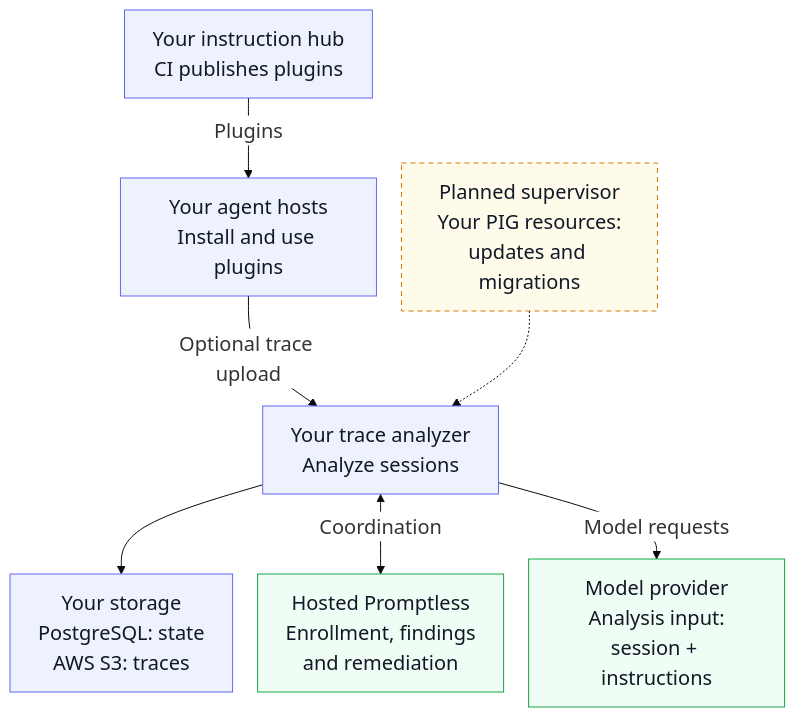
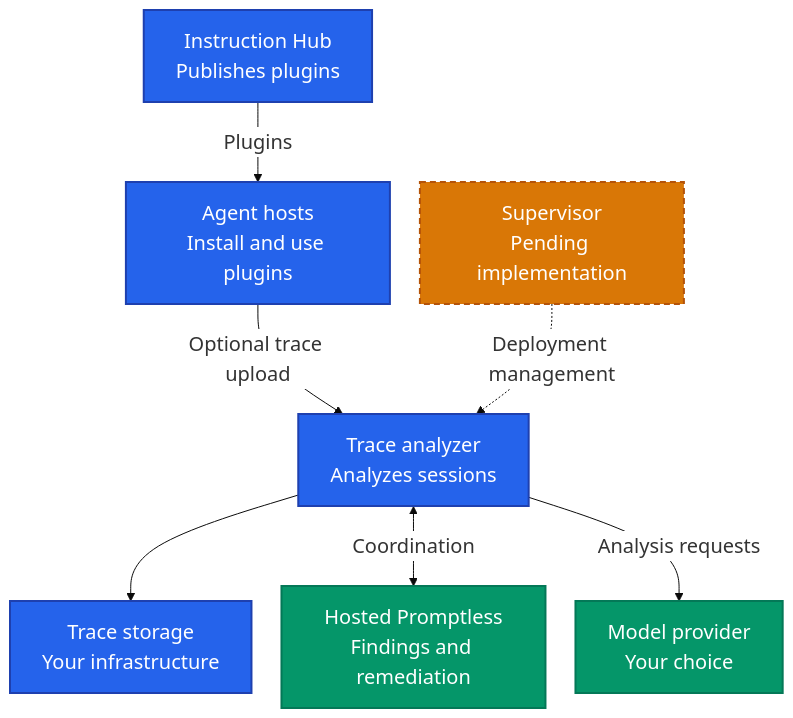
One commit to Promptless/promptless.ai changed the diagram in src/diagrams/pig-architecture.mmd. Above: the diagram before and after it, drawn with Mermaid. The commit also changed 1 other file, not shown here.

Commit message:
Improve PIG architecture diagram visual quality and abstraction level
Restyle the diagram to match the site's established diagram convention
(bold saturated fills with white text) instead of washed-out pastels
with small dark text, which rendered as a flat, low-contrast white box
against the dark-themed docs site.

Also drop internal implementation naming from node labels (PostgreSQL,
AWS S3, specific resource names) in favor of conceptual labels (Trace
storage / Your infrastructure) consistent with the "no unnecessary
internal implementation detail" writing guidance applied to the rest
of this topic. The diagram's data-flow structure, the supervisor's
dashed pending-implementation styling, and its accompanying alt text
and caption are unchanged.

```diff
--- a/src/diagrams/pig-architecture.mmd
+++ b/src/diagrams/pig-architecture.mmd
@@ -1,25 +1,25 @@
 %% mmdc-width: 900
-%% mmdc-height: 800
-%%{init: {"theme": "base", "fontFamily": "Arial", "themeVariables": {"fontSize": "20px", "fontFamily": "Arial", "edgeLabelBackground": "#ffffff"}, "flowchart": {"nodeSpacing": 25, "rankSpacing": 35, "padding": 14}}}%%
+%% mmdc-height: 750
+%%{init: {"theme": "base", "fontFamily": "Arial", "themeVariables": {"fontSize": "20px", "fontFamily": "Arial", "edgeLabelBackground": "#ffffff"}, "flowchart": {"nodeSpacing": 30, "rankSpacing": 50, "padding": 16}}}%%
 flowchart TB
-    hub["Your instruction hub<br/>CI publishes plugins"]
-    hosts["Your agent hosts<br/>Install and use plugins"]
-    worker["Your trace analyzer<br/>Analyze sessions"]
-    storage["Your storage<br/>PostgreSQL: state<br/>AWS S3: traces"]
-    supervisor["Planned supervisor<br/>Your PIG resources:<br/>updates and migrations"]
-    hosted["Hosted Promptless<br/>Enrollment, findings<br/>and remediation"]
-    model["Model provider<br/>Analysis input:<br/>session + instructions"]
+    hub["Instruction Hub<br/>Publishes plugins"]
+    hosts["Agent hosts<br/>Install and use plugins"]
+    worker["Trace analyzer<br/>Analyzes sessions"]
+    storage["Trace storage<br/>Your infrastructure"]
+    supervisor["Supervisor<br/>Pending implementation"]
+    hosted["Hosted Promptless<br/>Findings and remediation"]
+    model["Model provider<br/>Your choice"]
 
     hub -->|"Plugins"| hosts
     hosts -->|"Optional trace upload"| worker
-    supervisor -.-> worker
+    supervisor -.->|"Deployment management"| worker
     worker --> storage
     worker <-->|"Coordination"| hosted
-    worker -->|"Model requests"| model
+    worker -->|"Analysis requests"| model
 
-    classDef customer fill:#eef2ff,stroke:#6366f1,color:#111827
-    classDef external fill:#f0fdf4,stroke:#16a34a,color:#111827
-    classDef planned fill:#fffbeb,stroke:#d97706,stroke-dasharray:5 4,color:#111827
+    classDef customer fill:#2563eb,stroke:#1e40af,stroke-width:2px,color:#fff
+    classDef external fill:#059669,stroke:#047857,stroke-width:2px,color:#fff
+    classDef planned fill:#d97706,stroke:#b45309,stroke-width:2px,stroke-dasharray:6 4,color:#fff
     class hub,hosts,worker,storage customer
     class hosted,model external
     class supervisor planned
```
